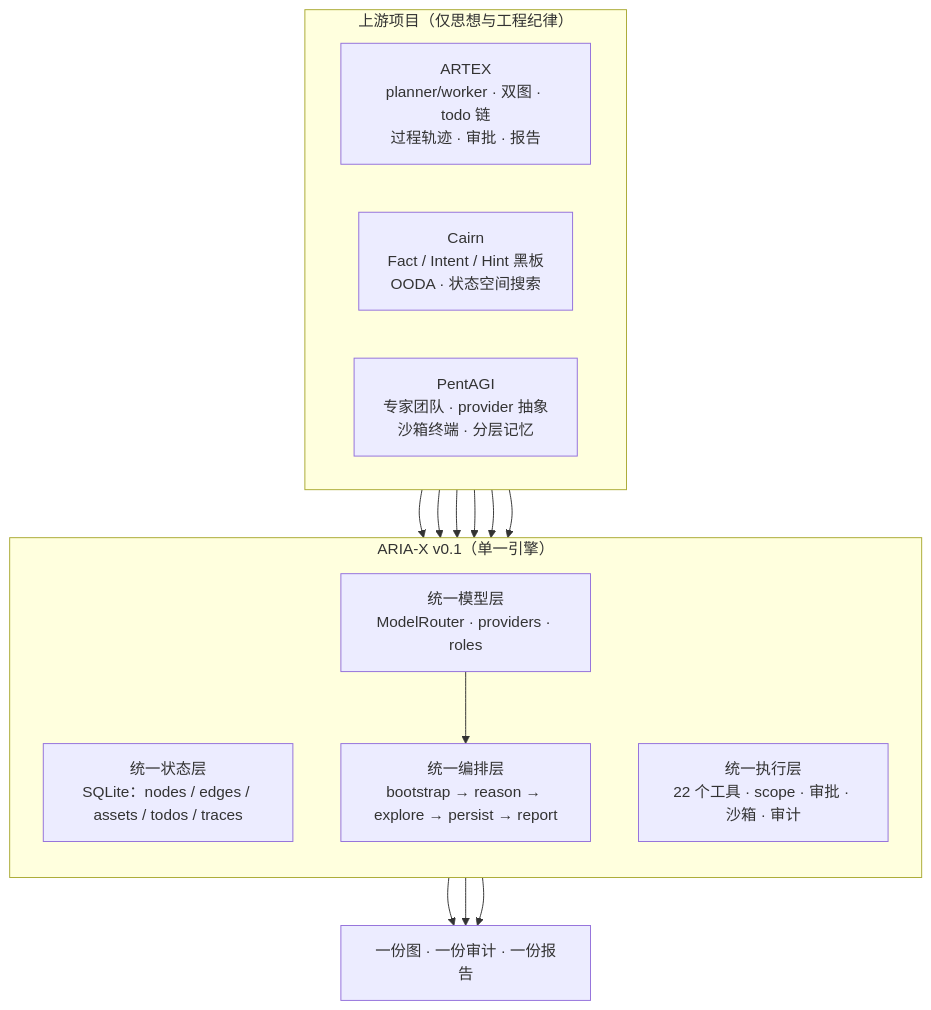
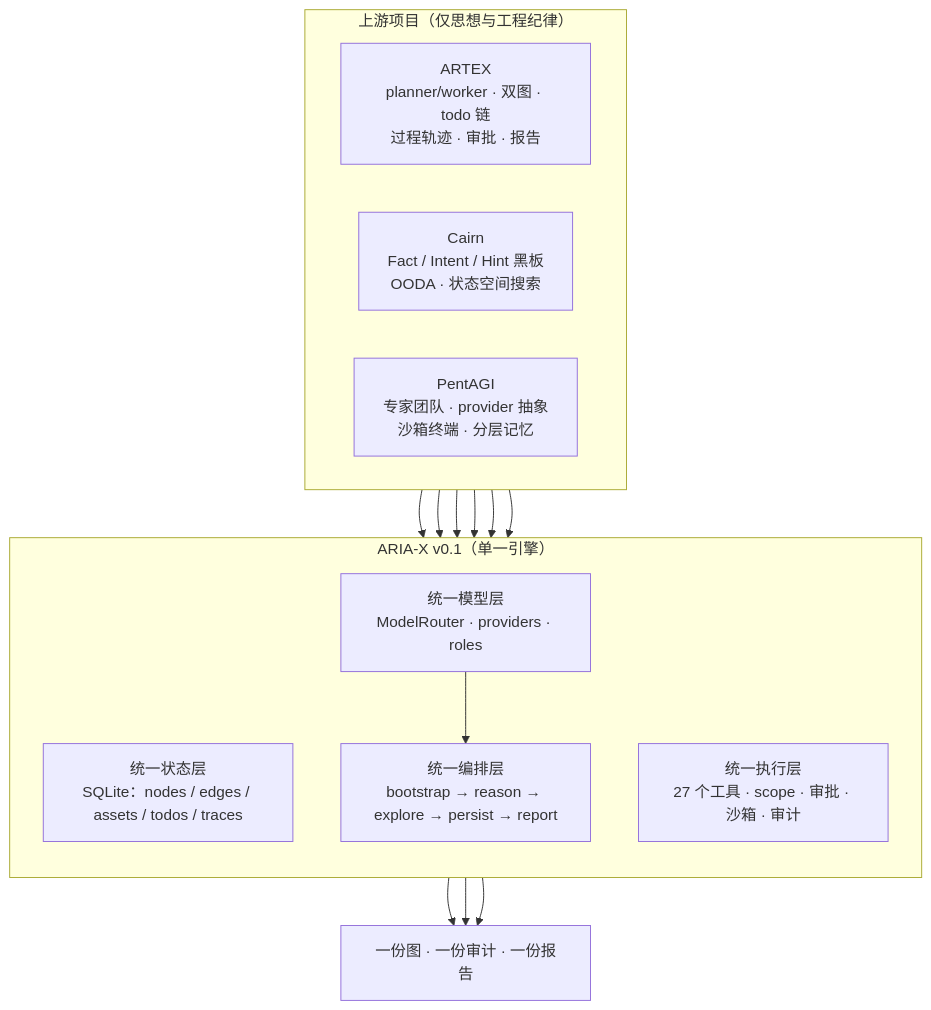
The diagram in README.md (01NGVI-QINGYI/ARIA-X), drawn with Mermaid before and after one commit. The commit also changed other lines of this file and 20 other files, not shown here.

````diff
--- a/README.md
+++ b/README.md
@@ -95,28 +95,28 @@
 ```mermaid
 flowchart TB
     subgraph UP["上游项目（仅思想与工程纪律）"]
         direction LR
         A["ARTEX<br/>planner/worker · 双图 · todo 链<br/>过程轨迹 · 审批 · 报告"]
         C["Cairn<br/>Fact / Intent / Hint 黑板<br/>OODA · 状态空间搜索"]
         P["PentAGI<br/>专家团队 · provider 抽象<br/>沙箱终端 · 分层记忆"]
     end
 
     subgraph ARIA-X["ARIA-X v0.1（单一引擎）"]
         direction TB
         ST["统一状态层<br/>SQLite：nodes / edges / assets / todos / traces"]
         OR["统一编排层<br/>bootstrap → reason → explore → persist → report"]
-        EX["统一执行层<br/>22 个工具 · scope · 审批 · 沙箱 · 审计"]
+        EX["统一执行层<br/>27 个工具 · scope · 审批 · 沙箱 · 审计"]
         LM["统一模型层<br/>ModelRouter · providers · roles"]
     end
 
     C --> ST
     C --> OR
     A --> OR
     A --> ST
     P --> LM
     P --> EX
     ST --> OUT["一份图 · 一份审计 · 一份报告"]
     OR --> OUT
     EX --> OUT
     LM --> OR
 ```
````
